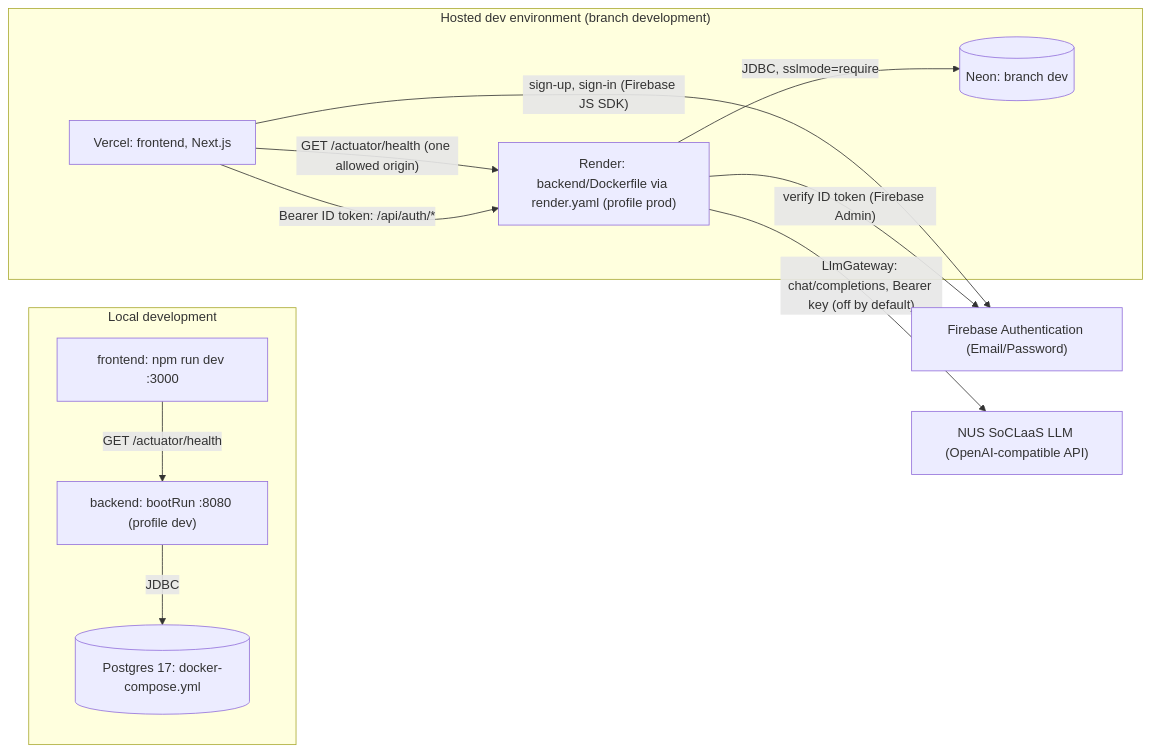
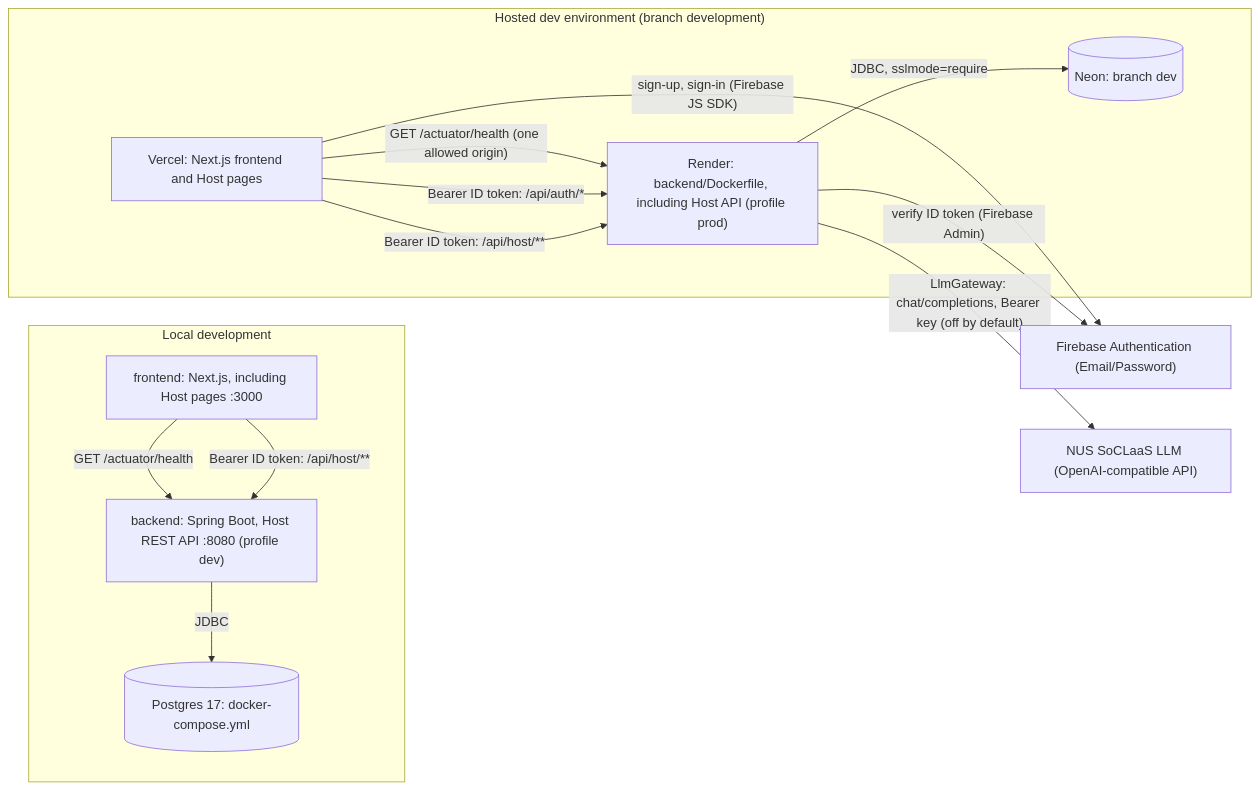
One commit to CS3227-2610-MP3-SnoozeShare/CS3227-2610-MP3 changed the second of 18 diagrams in docs/DeveloperGuide.md. Above: the diagram before and after it, drawn with Mermaid. The commit also changed other lines of this file and 2 other files, not shown here.

Commit message:
docs: document W-HOST in Developer Guide

````diff
--- a/docs/DeveloperGuide.md
+++ b/docs/DeveloperGuide.md
@@ -407,23 +417,25 @@
 ```mermaid
 flowchart LR
   subgraph Local["Local development"]
-    FE1["frontend: npm run dev :3000"]
-    BE1["backend: bootRun :8080 (profile dev)"]
+    FE1["frontend: Next.js, including Host pages :3000"]
+    BE1["backend: Spring Boot, Host REST API :8080 (profile dev)"]
     PG1[("Postgres 17: docker-compose.yml")]
   end
   subgraph Hosted["Hosted dev environment (branch development)"]
-    V["Vercel: frontend, Next.js"]
-    R["Render: backend/Dockerfile via render.yaml (profile prod)"]
+    V["Vercel: Next.js frontend and Host pages"]
+    R["Render: backend/Dockerfile, including Host API (profile prod)"]
     N[("Neon: branch dev")]
   end
   FB["Firebase Authentication (Email/Password)"]
   SC["NUS SoCLaaS LLM (OpenAI-compatible API)"]
   FE1 -->|"GET /actuator/health"| BE1
+  FE1 -->|"Bearer ID token: /api/host/**"| BE1
   BE1 -->|"JDBC"| PG1
   V -->|"GET /actuator/health (one allowed origin)"| R
   V -->|"sign-up, sign-in (Firebase JS SDK)"| FB
   V -->|"Bearer ID token: /api/auth/*"| R
+  V -->|"Bearer ID token: /api/host/**"| R
   R -->|"verify ID token (Firebase Admin)"| FB
   R -->|"JDBC, sslmode=require"| N
   R -->|"LlmGateway: chat/completions, Bearer key (off by default)"| SC
 ```
````
